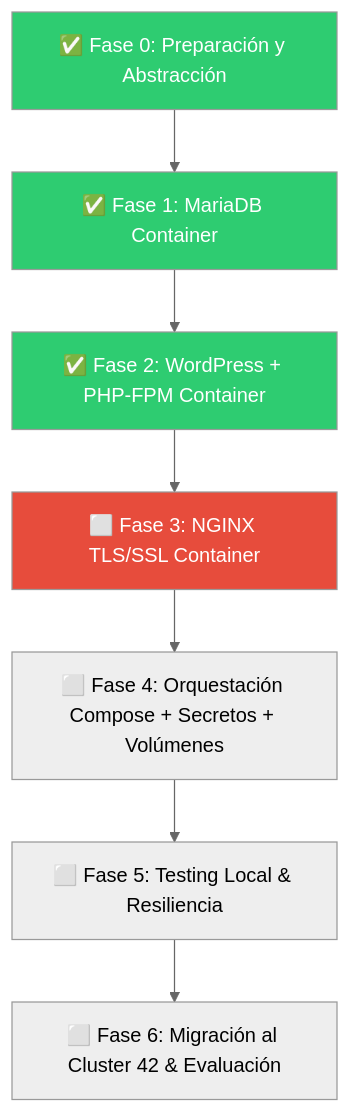
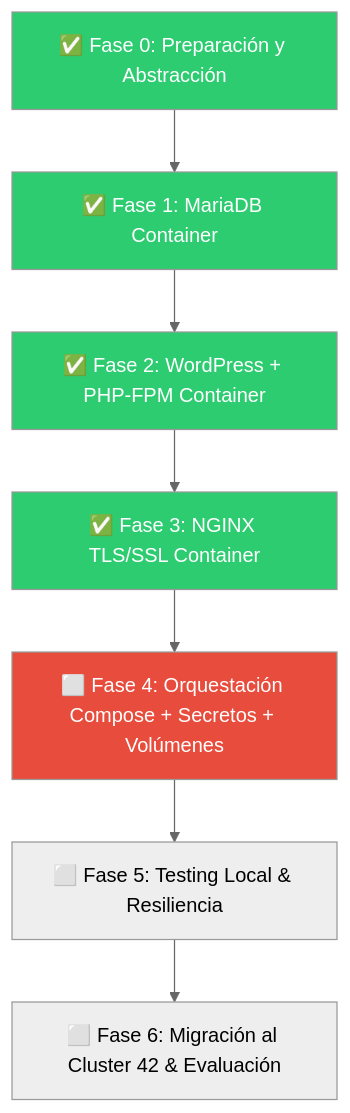
Before and after one commit to higrub89/inception: the diagram in ROADMAP.md, drawn with Mermaid (neutral theme). The commit also changed other lines of this file and 3 other files, not shown here.

````diff
--- a/ROADMAP.md
+++ b/ROADMAP.md
@@ -20,13 +20,14 @@
 ```mermaid
 graph TD
     M0["✅ Fase 0: Preparación y Abstracción"] --> M1["✅ Fase 1: MariaDB Container"]
     M1 --> M2["✅ Fase 2: WordPress + PHP-FPM Container"]
-    M2 --> M3["⬜ Fase 3: NGINX TLS/SSL Container"]
+    M2 --> M3["✅ Fase 3: NGINX TLS/SSL Container"]
     M3 --> M4["⬜ Fase 4: Orquestación Compose + Secretos + Volúmenes"]
     M4 --> M5["⬜ Fase 5: Testing Local & Resiliencia"]
     M5 --> M6["⬜ Fase 6: Migración al Cluster 42 & Evaluación"]
     style M0 fill:#2ecc71,color:#fff
     style M1 fill:#2ecc71,color:#fff
     style M2 fill:#2ecc71,color:#fff
-    style M3 fill:#e74c3c,color:#fff
+    style M3 fill:#2ecc71,color:#fff
+    style M4 fill:#e74c3c,color:#fff
 ```
````
